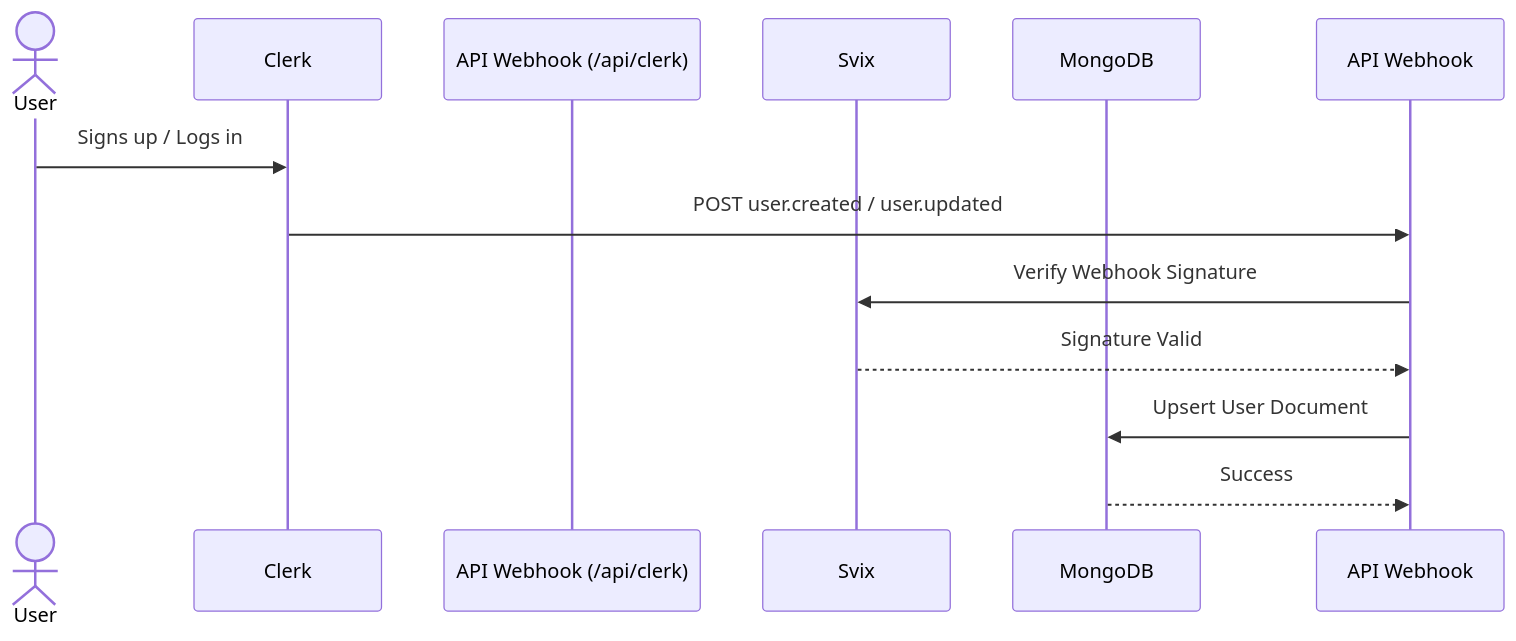
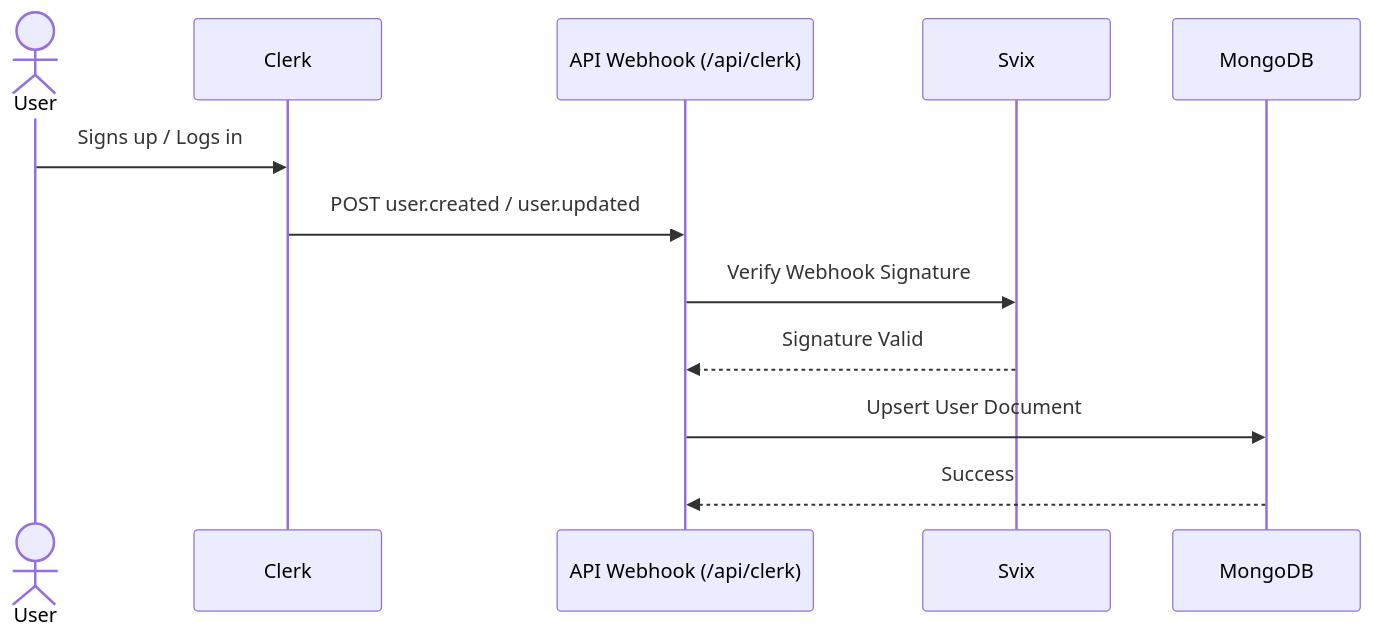
Before and after one commit to aks-110/QuickStay: the fifth of 7 diagrams in README.md, drawn with Mermaid. The commit also changed other lines of this file, not shown here.

Commit message:
fix mermaid diagram syntax

````diff
--- a/README.md
+++ b/README.md
@@ -194,15 +194,15 @@
 ```mermaid
 sequenceDiagram
     actor User
     participant Clerk
-    participant API Webhook (/api/clerk)
+    participant API_Webhook as API Webhook (/api/clerk)
     participant Svix
     participant MongoDB
     
     User->>Clerk: Signs up / Logs in
-    Clerk->>API Webhook: POST user.created / user.updated
-    API Webhook->>Svix: Verify Webhook Signature
-    Svix-->>API Webhook: Signature Valid
-    API Webhook->>MongoDB: Upsert User Document
-    MongoDB-->>API Webhook: Success
+    Clerk->>API_Webhook: POST user.created / user.updated
+    API_Webhook->>Svix: Verify Webhook Signature
+    Svix-->>API_Webhook: Signature Valid
+    API_Webhook->>MongoDB: Upsert User Document
+    MongoDB-->>API_Webhook: Success
 ```
````
